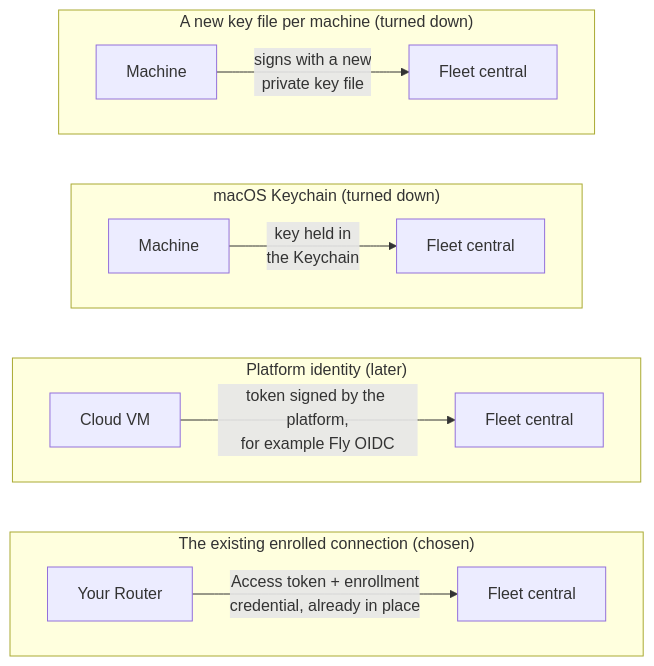
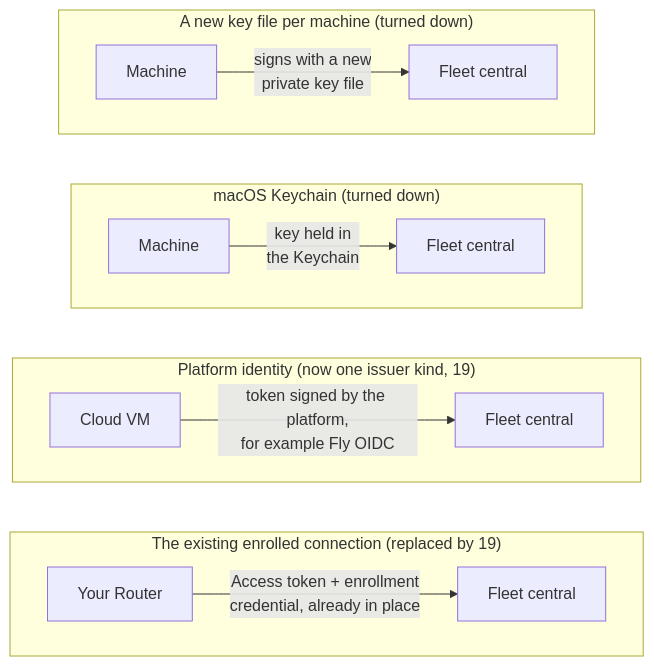
The sixth of 15 diagrams in docs/specs/2026-10-24-agent-identity/alternatives.md (ShravanSunder/agent-vm), drawn with Mermaid before and after one commit. The commit also changed other lines of this file and 5 other files, not shown here.

````diff
--- a/docs/specs/2026-10-24-agent-identity/alternatives.md
+++ b/docs/specs/2026-10-24-agent-identity/alternatives.md
@@ -187,20 +190,20 @@
 ```mermaid
 flowchart TB
   subgraph K["A new key file per machine (turned down)"]
     direction LR
     K1["Machine"] -- signs with a new<br/>private key file --> K2["Fleet central"]
   end
   subgraph KC["macOS Keychain (turned down)"]
     direction LR
     KC1["Machine"] -- key held in<br/>the Keychain --> KC2["Fleet central"]
   end
-  subgraph PI["Platform identity (later)"]
+  subgraph PI["Platform identity (now one issuer kind, 19)"]
     direction LR
     PI1["Cloud VM"] -- token signed by the platform,<br/>for example Fly OIDC --> PI2["Fleet central"]
   end
-  subgraph EC["The existing enrolled connection (chosen)"]
+  subgraph EC["The existing enrolled connection (replaced by 19)"]
     direction LR
     EC1["Your Router"] -- Access token + enrollment<br/>credential, already in place --> EC2["Fleet central"]
   end
   K ~~~ KC ~~~ PI ~~~ EC
 ```
````
